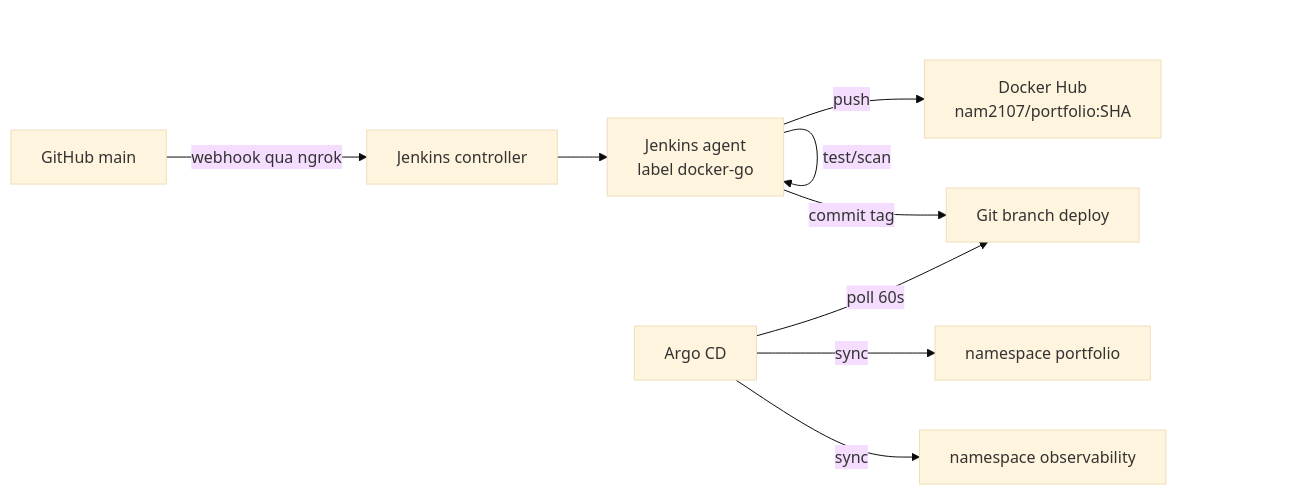
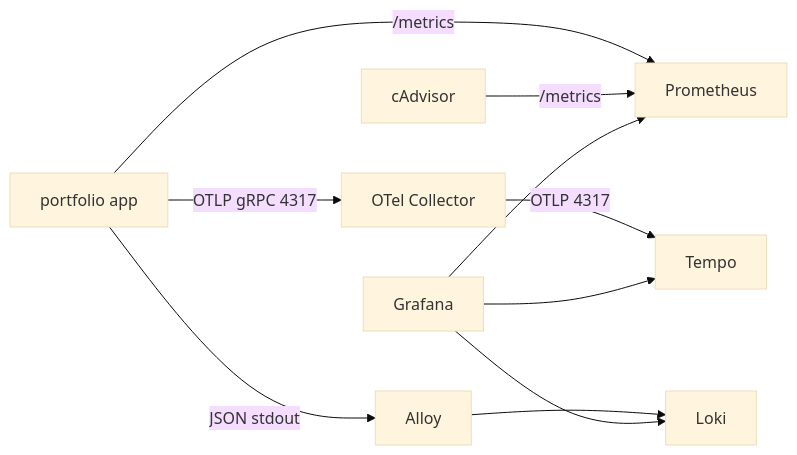
One commit to zetasuna/portfolio changed the second of 2 diagrams in readme.md. Above: the diagram before and after it, drawn with Mermaid (base theme). The commit also changed other lines of this file, not shown here.

````diff
--- a/readme.md
+++ b/readme.md
@@ -71,11 +606,12 @@
 ```mermaid
 flowchart LR
-  GH[GitHub main] -- webhook qua ngrok --> J[Jenkins controller]
-  J --> A[Jenkins agent<br/>label docker-go]
-  A -- test/scan --> A
-  A -- push --> DH[Docker Hub<br/>nam2107/portfolio:SHA]
-  A -- commit tag --> GB[Git branch deploy]
-  AC[Argo CD] -- poll 60s --> GB
-  AC -- sync --> P[namespace portfolio]
-  AC -- sync --> O[namespace observability]
+  APP[portfolio app] -- /metrics --> P[Prometheus]
+  CAD[cAdvisor] -- /metrics --> P
+  APP -- OTLP gRPC 4317 --> OC[OTel Collector]
+  OC -- OTLP 4317 --> T[Tempo]
+  APP -- JSON stdout --> AL[Alloy]
+  AL --> L[Loki]
+  G[Grafana] --> P
+  G --> L
+  G --> T
 ```
````
